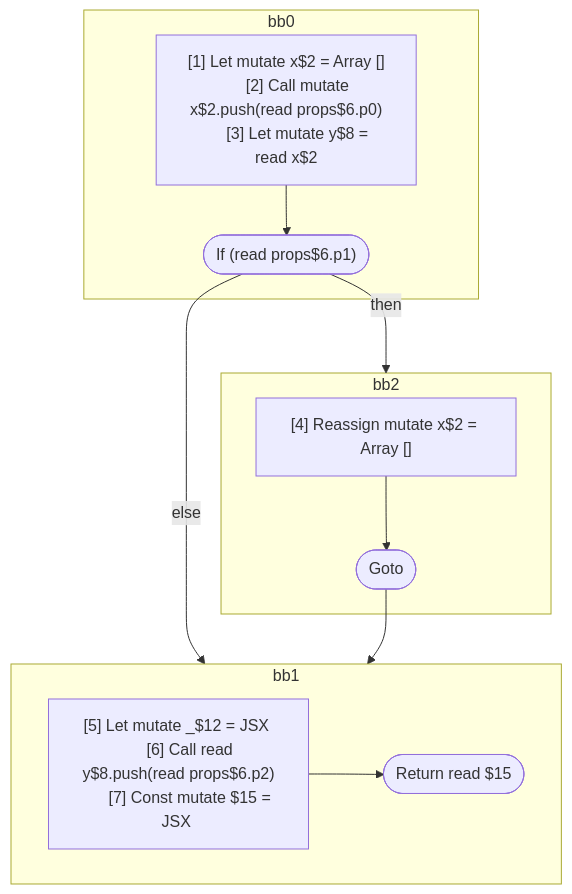
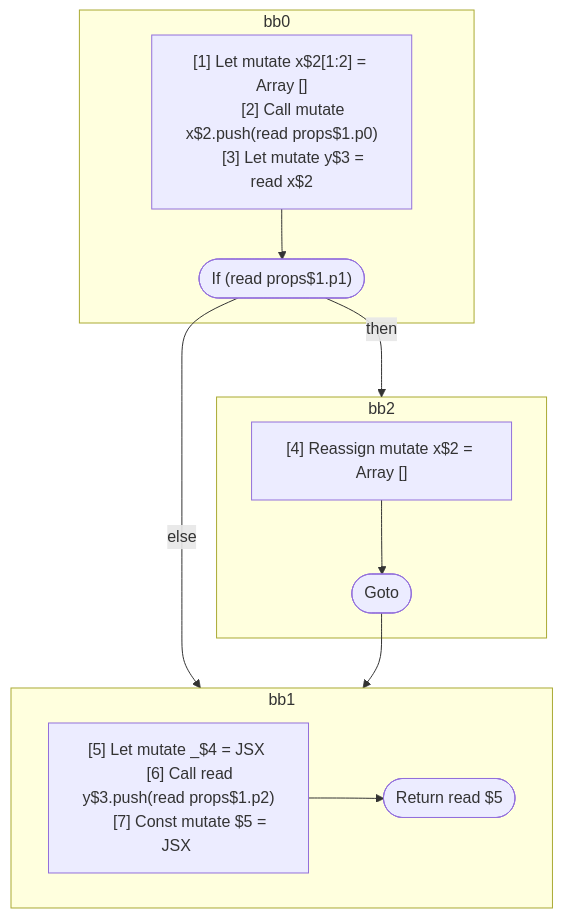
The diagram in compiler/forget/src/__tests__/fixtures/hir/reassignment-conditional.expect.md (wutsmog/private), drawn with Mermaid before and after one commit. The commit also changed other lines of this file and 57 other files, not shown here.

````diff
--- a/compiler/forget/src/__tests__/fixtures/hir/reassignment-conditional.expect.md
+++ b/compiler/forget/src/__tests__/fixtures/hir/reassignment-conditional.expect.md
@@ -44,32 +44,32 @@
 ```mermaid
 flowchart TB
   %% Basic Blocks
   subgraph bb0
     bb0_instrs["
-      [1] Let mutate x$2 = Array []
-      [2] Call mutate x$2.push(read props$6.p0)
-      [3] Let mutate y$8 = read x$2
+      [1] Let mutate x$2[1:2] = Array []
+      [2] Call mutate x$2.push(read props$1.p0)
+      [3] Let mutate y$3 = read x$2
     "]
-    bb0_instrs --> bb0_terminal(["If (read props$6.p1)"])
+    bb0_instrs --> bb0_terminal(["If (read props$1.p1)"])
   end
   subgraph bb2
     bb2_instrs["
       [4] Reassign mutate x$2 = Array []
     "]
     bb2_instrs --> bb2_terminal(["Goto"])
   end
   subgraph bb1
     bb1_instrs["
-      [5] Let mutate _$12 = JSX <read Component$0 x={freeze x$2} ></read Component$0>
-      [6] Call read y$8.push(read props$6.p2)
-      [7] Const mutate $15 = JSX <read Component$0 x={read x$2} y={read y$8} ></read Component$0>
+      [5] Let mutate _$4 = JSX <read Component$0 x={freeze x$2} ></read Component$0>
+      [6] Call read y$3.push(read props$1.p2)
+      [7] Const mutate $5 = JSX <read Component$0 x={read x$2} y={read y$3} ></read Component$0>
     "]
-    bb1_instrs --> bb1_terminal(["Return read $15"])
+    bb1_instrs --> bb1_terminal(["Return read $5"])
   end
 
   %% Jumps
   bb0_terminal -- then --> bb2
   bb0_terminal -- else --> bb1
   bb2_terminal --> bb1
 
 ```
````
